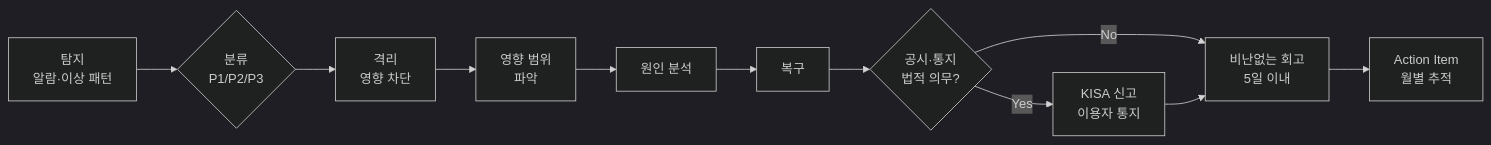
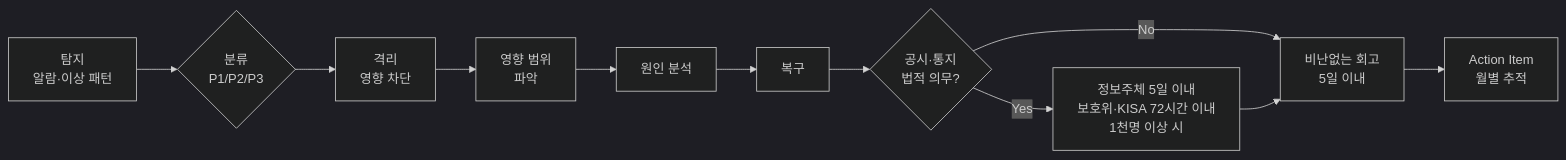
The third of 3 diagrams in manuscript/06-보안과-컴플라이언스/README.md (ximhear/architect-book), drawn with Mermaid (dark theme) before and after one commit. The commit also changed other lines of this file and 9 other files, not shown here.

````diff
--- a/manuscript/06-보안과-컴플라이언스/README.md
+++ b/manuscript/06-보안과-컴플라이언스/README.md
@@ -358,13 +449,13 @@
 ```mermaid
 flowchart LR
     Detect[탐지<br/>알람·이상 패턴] --> Triage{분류<br/>P1/P2/P3}
     Triage --> Isolate[격리<br/>영향 차단]
     Isolate --> Scope[영향 범위<br/>파악]
     Scope --> Cause[원인 분석]
     Cause --> Recover[복구]
     Recover --> Notify{공시·통지<br/>법적 의무?}
-    Notify -->|Yes| Report[KISA 신고<br/>이용자 통지]
+    Notify -->|Yes| Report[정보주체 5일 이내<br/>보호위·KISA 72시간 이내<br/>1천명 이상 시]
     Notify -->|No| Postmortem[비난없는 회고<br/>5일 이내]
     Report --> Postmortem
     Postmortem --> Action[Action Item<br/>월별 추적]
 ```
````
